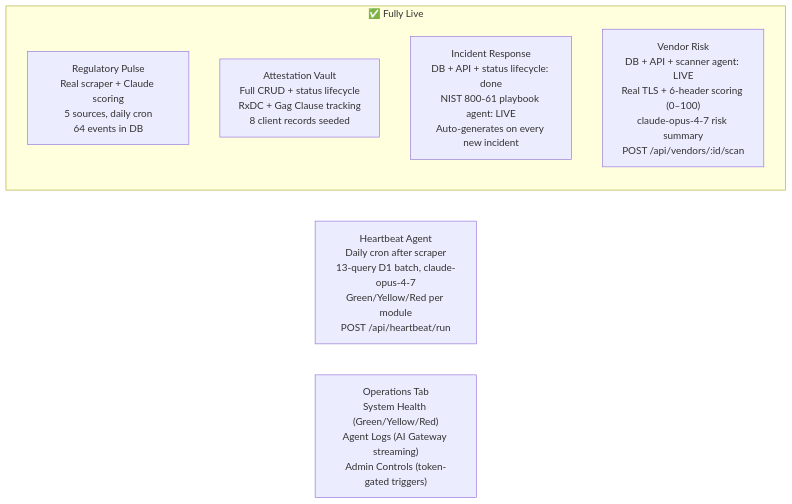
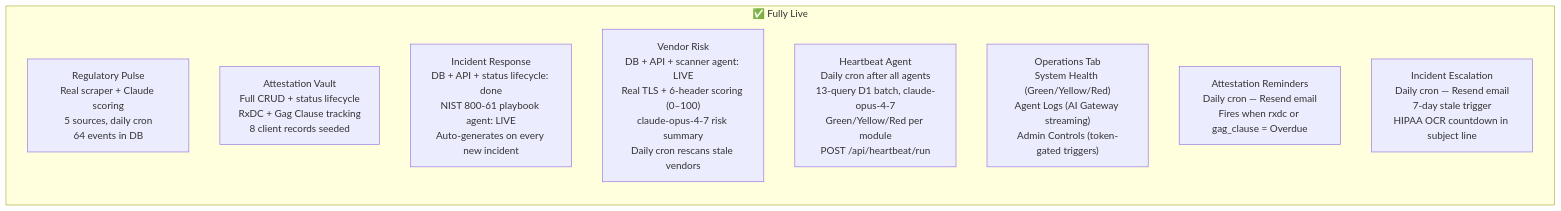
Before and after one commit to ross0nline/acis: the diagram in ainotebook/008-build-state-and-roadmap.md, drawn with Mermaid. The commit also changed other lines of this file, not shown here.

First line of the commit message:
docs(ainotebook): update ADR 008 — email agents live, cron sequence complete

````diff
--- a/ainotebook/008-build-state-and-roadmap.md
+++ b/ainotebook/008-build-state-and-roadmap.md
@@ -10,13 +10,13 @@
 ```mermaid
 flowchart LR
     subgraph LIVE ["✅ Fully Live"]
         RP["Regulatory Pulse\nReal scraper + Claude scoring\n5 sources, daily cron\n64 events in DB"]
         AV["Attestation Vault\nFull CRUD + status lifecycle\nRxDC + Gag Clause tracking\n8 client records seeded"]
         IR["Incident Response\nDB + API + status lifecycle: done\nNIST 800-61 playbook agent: LIVE\nAuto-generates on every new incident"]
-        VR["Vendor Risk\nDB + API + scanner agent: LIVE\nReal TLS + 6-header scoring (0–100)\nclaude-opus-4-7 risk summary\nPOST /api/vendors/:id/scan"]
+        VR["Vendor Risk\nDB + API + scanner agent: LIVE\nReal TLS + 6-header scoring (0–100)\nclaude-opus-4-7 risk summary\nDaily cron rescans stale vendors"]
+        HB["Heartbeat Agent\nDaily cron after all agents\n13-query D1 batch, claude-opus-4-7\nGreen/Yellow/Red per module\nPOST /api/heartbeat/run"]
+        OT["Operations Tab\nSystem Health (Green/Yellow/Red)\nAgent Logs (AI Gateway streaming)\nAdmin Controls (token-gated triggers)"]
+        AR["Attestation Reminders\nDaily cron — Resend email\nFires when rxdc or gag_clause = Overdue"]
+        IE["Incident Escalation\nDaily cron — Resend email\n7-day stale trigger\nHIPAA OCR countdown in subject line"]
     end
-
-        HB["Heartbeat Agent\nDaily cron after scraper\n13-query D1 batch, claude-opus-4-7\nGreen/Yellow/Red per module\nPOST /api/heartbeat/run"]
-
-        OT["Operations Tab\nSystem Health (Green/Yellow/Red)\nAgent Logs (AI Gateway streaming)\nAdmin Controls (token-gated triggers)"]
 ```
````
